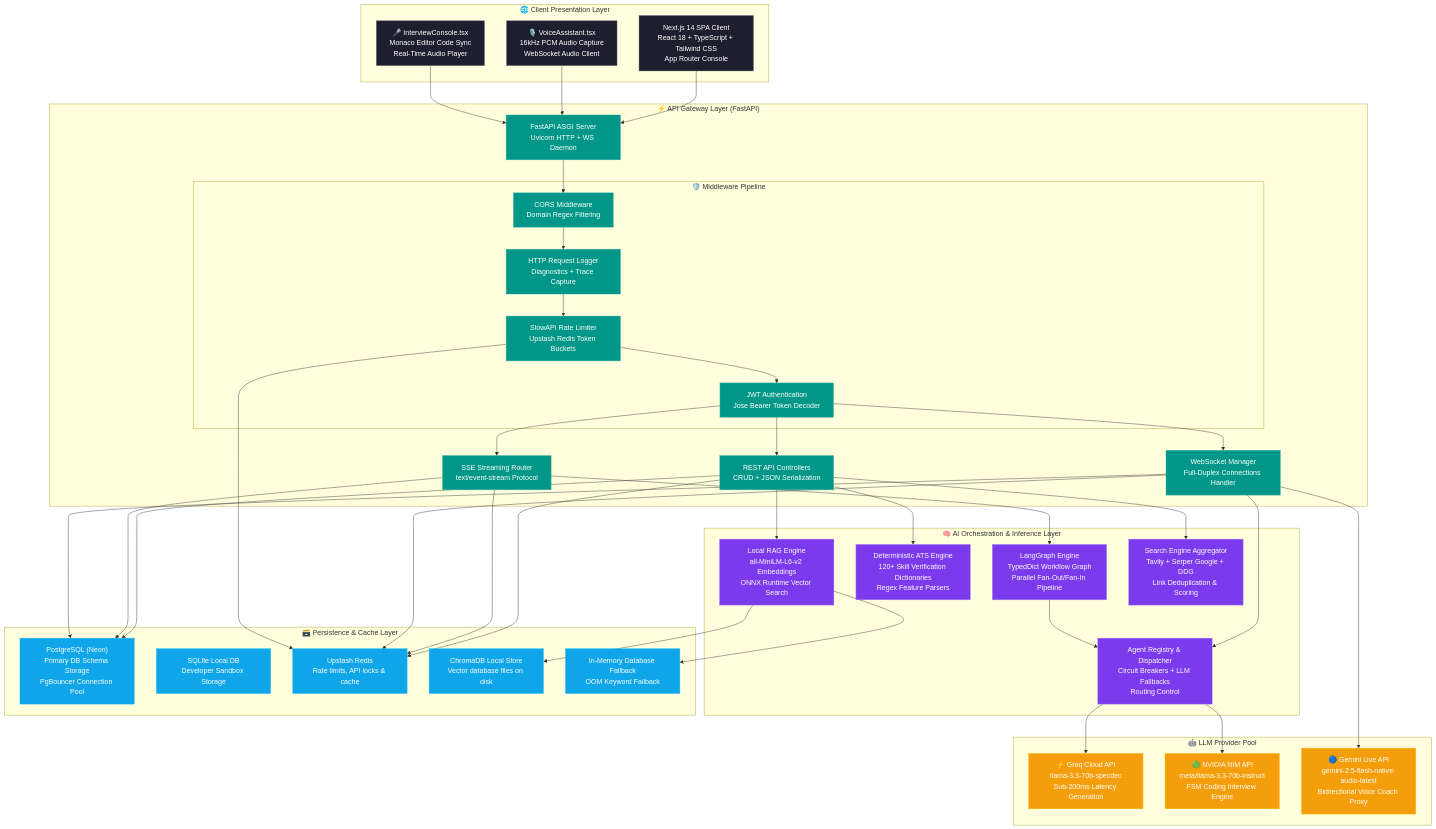
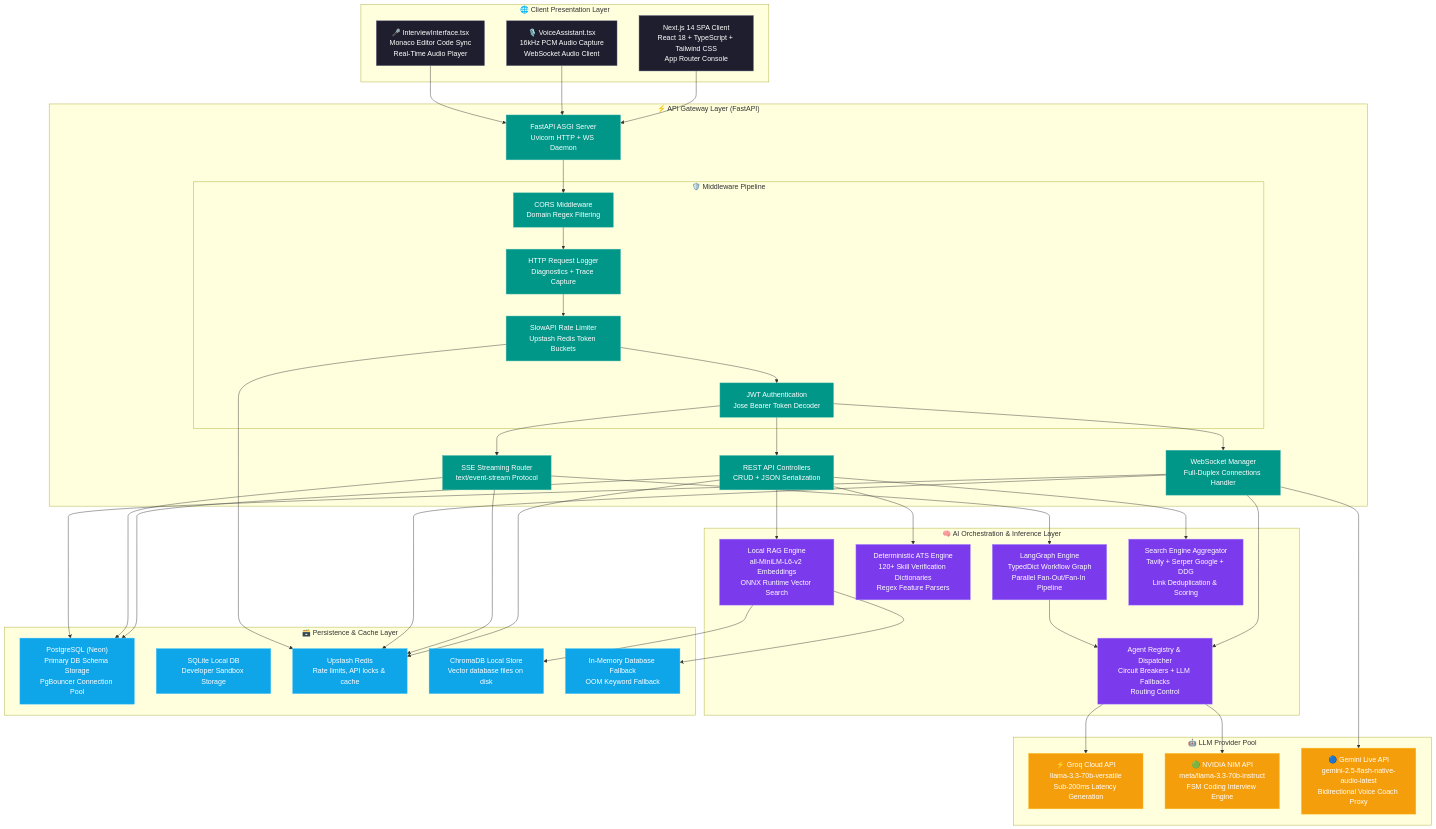
The first of 33 diagrams in documentation/ARCHITECTURE.md (Anil-Pradhan-web/ai-career-mentor), drawn with Mermaid before and after one commit. The commit also changed other lines of this file and 3 other files, not shown here.

First line of the commit message:
docs: update all documentation — ARCHITECTURE, SYSTEM, API, DOCKER_GUIDE verified against codebase

````diff
--- a/documentation/ARCHITECTURE.md
+++ b/documentation/ARCHITECTURE.md
@@ -48,70 +48,70 @@
 ```mermaid
 graph TB
     classDef client fill:#1e1e2e,color:#fff,stroke:#6c7086
     classDef gateway fill:#009688,color:#fff,stroke:#4db6ac
     classDef ai fill:#7c3aed,color:#fff,stroke:#a78bfa
     classDef llm fill:#f59e0b,color:#fff,stroke:#fbbf24
     classDef data fill:#0ea5e9,color:#fff,stroke:#38bdf8
 
     subgraph "🌐 Client Presentation Layer"
         UI["Next.js 14 SPA Client<br/>React 18 + TypeScript + Tailwind CSS<br/>App Router Console"]
         VA["🎙️ VoiceAssistant.tsx<br/>16kHz PCM Audio Capture<br/>WebSocket Audio Client"]
-        MI["🎤 InterviewConsole.tsx<br/>Monaco Editor Code Sync<br/>Real-Time Audio Player"]
+        MI["🎤 InterviewInterface.tsx<br/>Monaco Editor Code Sync<br/>Real-Time Audio Player"]
     end
 
     subgraph "⚡ API Gateway Layer (FastAPI)"
         GW["FastAPI ASGI Server<br/>Uvicorn HTTP + WS Daemon"]
         REST["REST API Controllers<br/>CRUD + JSON Serialization"]
         SSE["SSE Streaming Router<br/>text/event-stream Protocol"]
         WS_MGR["WebSocket Manager<br/>Full-Duplex Connections Handler"]
         
         subgraph "🛡️ Middleware Pipeline"
             CORS["CORS Middleware<br/>Domain Regex Filtering"]
             LOG["HTTP Request Logger<br/>Diagnostics + Trace Capture"]
             SLW["SlowAPI Rate Limiter<br/>Upstash Redis Token Buckets"]
             JWT["JWT Authentication<br/>Jose Bearer Token Decoder"]
         end
     end
 
     subgraph "🧠 AI Orchestration & Inference Layer"
         LG["LangGraph Engine<br/>TypedDict Workflow Graph<br/>Parallel Fan-Out/Fan-In Pipeline"]
         REG["Agent Registry & Dispatcher<br/>Circuit Breakers + LLM Fallbacks<br/>Routing Control"]
         ATS["Deterministic ATS Engine<br/>120+ Skill Verification Dictionaries<br/>Regex Feature Parsers"]
         RAG_SVC["Local RAG Engine<br/>all-MiniLM-L6-v2 Embeddings<br/>ONNX Runtime Vector Search"]
         SE["Search Engine Aggregator<br/>Tavily + Serper Google + DDG<br/>Link Deduplication & Scoring"]
     end
 
     subgraph "🤖 LLM Provider Pool"
-        GROQ["⚡ Groq Cloud API<br/>llama-3.3-70b-specdec<br/>Sub-200ms Latency Generation"]
+        GROQ["⚡ Groq Cloud API<br/>llama-3.3-70b-versatile<br/>Sub-200ms Latency Generation"]
         NVD["🟢 NVIDIA NIM API<br/>meta/llama-3.3-70b-instruct<br/>FSM Coding Interview Engine"]
         GEM["🔵 Gemini Live API<br/>gemini-2.5-flash-native-audio-latest<br/>Bidirectional Voice Coach Proxy"]
     end
 
     subgraph "🗃️ Persistence & Cache Layer"
         PG["PostgreSQL (Neon)<br/>Primary DB Schema Storage<br/>PgBouncer Connection Pool"]
         SQL["SQLite Local DB<br/>Developer Sandbox Storage"]
         RD["Upstash Redis<br/>Rate limits, API locks & cache"]
         CD["ChromaDB Local Store<br/>Vector database files on disk"]
         MEM["In-Memory Database Fallback<br/>OOM Keyword Fallback"]
     end
 
     UI & VA & MI --> GW
     GW --> CORS --> LOG --> SLW --> JWT
     JWT --> REST & SSE & WS_MGR
     
     REST --> ATS & RAG_SVC & SE & PG & RD
     SSE --> LG & PG & RD
     WS_MGR --> REG & GEM & PG & RD
     
     LG --> REG
     REG --> GROQ & NVD
     
     SLW --> RD
     RAG_SVC --> CD & MEM
     
     class UI,VA,MI client
     class GW,REST,SSE,WS_MGR,CORS,LOG,SLW,JWT gateway
     class LG,REG,ATS,RAG_SVC,SE ai
     class GROQ,NVD,GEM llm
     class PG,SQL,RD,CD,MEM data
 ```
````
